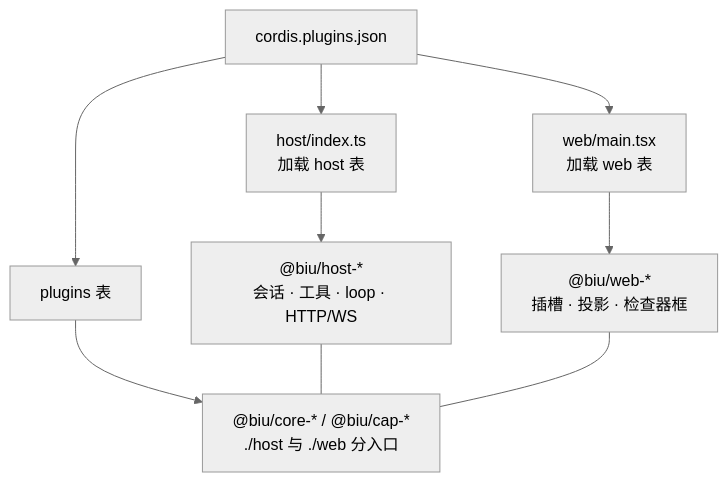
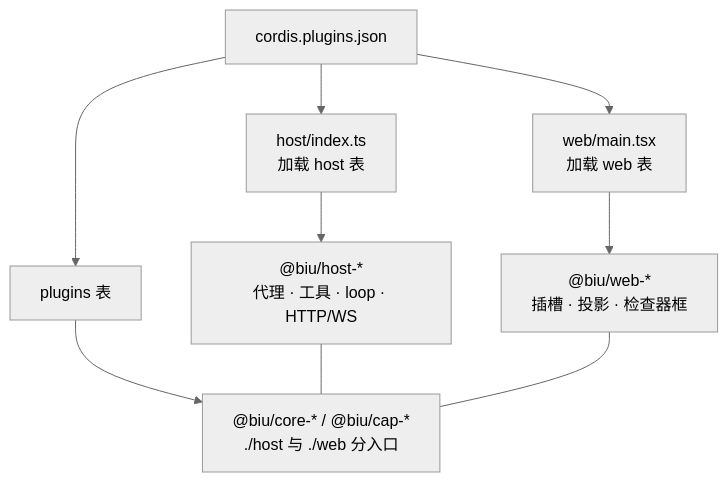
Before and after one commit to helloooooooooooooo97/BIU: the second of 2 diagrams in README.zh-CN.md, drawn with Mermaid (neutral theme). The commit also changed other lines of this file and 31 other files, not shown here.

````diff
--- a/README.zh-CN.md
+++ b/README.zh-CN.md
@@ -670,13 +670,13 @@
 ```mermaid
 flowchart TB
   JSON["cordis.plugins.json"]
   JSON --> HostLoad["host/index.ts<br/>加载 host 表"]
   JSON --> WebLoad["web/main.tsx<br/>加载 web 表"]
   JSON --> Caps["plugins 表"]
 
-  HostLoad --> Kernel["@biu/host-*<br/>会话 · 工具 · loop · HTTP/WS"]
+  HostLoad --> Kernel["@biu/host-*<br/>代理 · 工具 · loop · HTTP/WS"]
   WebLoad --> Shell["@biu/web-*<br/>插槽 · 投影 · 检查器框"]
   Caps --> Cap["@biu/core-* / @biu/cap-*<br/>./host 与 ./web 分入口"]
   Kernel --- Cap
   Shell --- Cap
 ```
````
